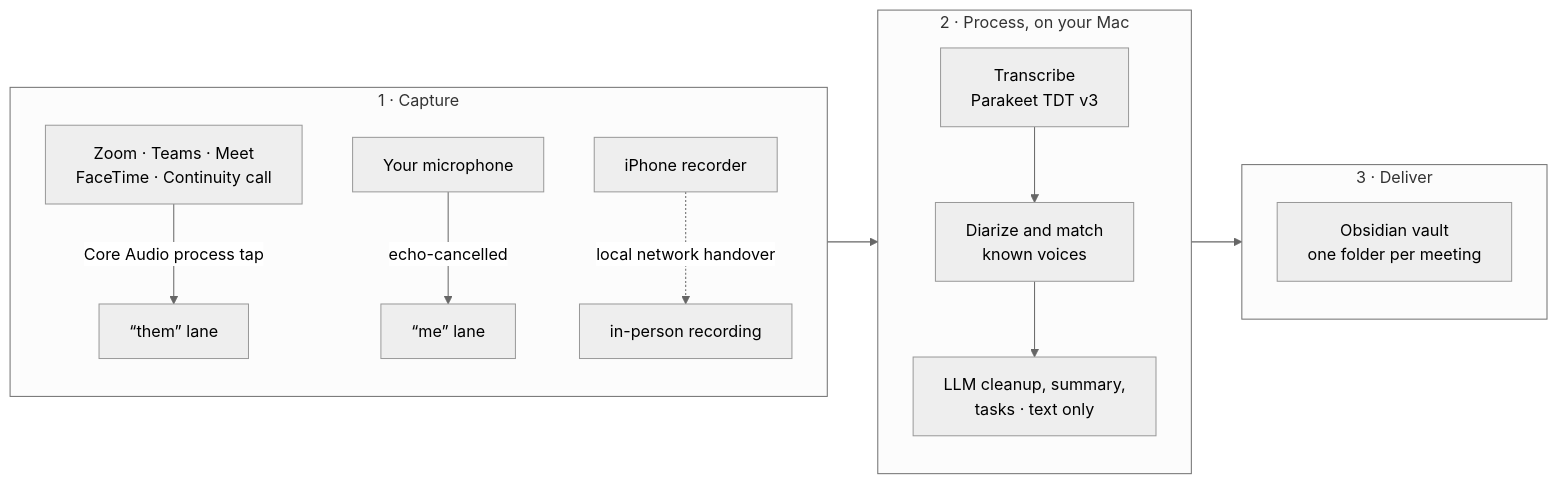
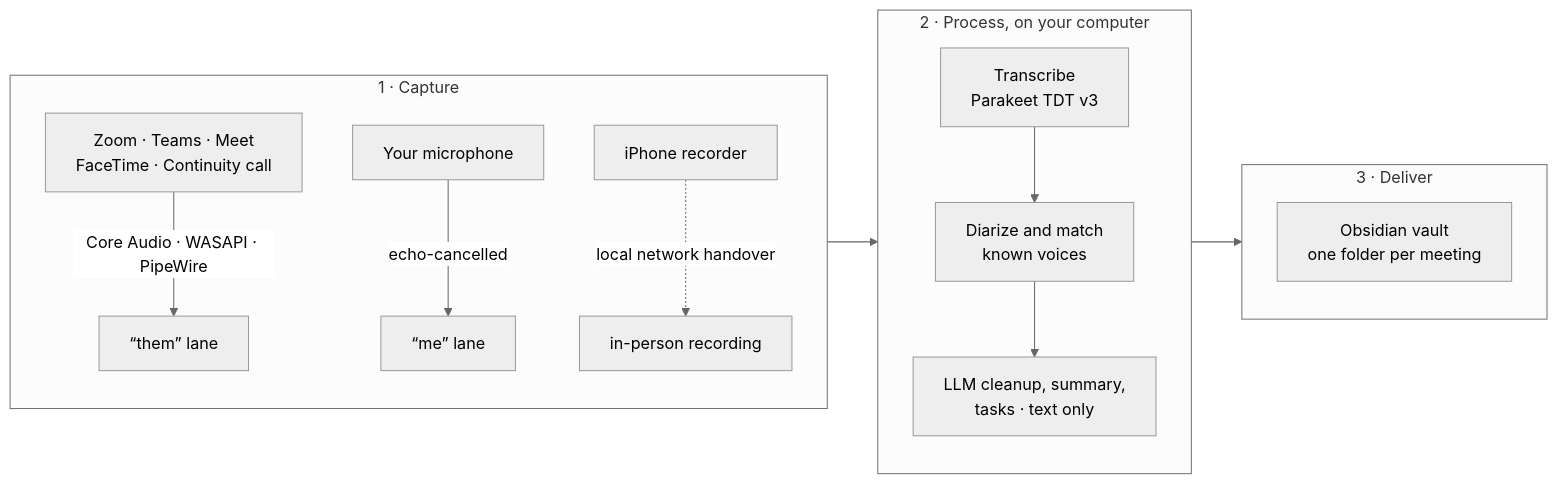
Before and after one commit to NicolaiSchmid/steno: the diagram in README.md, drawn with Mermaid (neutral theme). The commit also changed other lines of this file, not shown here.

First line of the commit message:
docs: the README speaks for every desktop, and macOS keeps its details [skip ci]

````diff
--- a/README.md
+++ b/README.md
@@ -238,15 +243,15 @@
 ```mermaid
 flowchart LR
     subgraph capture["1 · Capture"]
-        apps["Zoom · Teams · Meet<br>FaceTime · Continuity call"] -->|Core Audio process tap| them["“them” lane"]
+        apps["Zoom · Teams · Meet<br>FaceTime · Continuity call"] -->|Core Audio · WASAPI · PipeWire| them["“them” lane"]
         mic["Your microphone"] -->|echo-cancelled| me["“me” lane"]
         phone["iPhone recorder"] -.->|local network handover| room["in-person recording"]
     end
-    subgraph process["2 · Process, on your Mac"]
+    subgraph process["2 · Process, on your computer"]
         stt["Transcribe<br>Parakeet TDT v3"] --> dia["Diarize and match<br>known voices"] --> llm["LLM cleanup, summary,<br>tasks · text only"]
     end
     subgraph deliver["3 · Deliver"]
         vault["Obsidian vault<br>one folder per meeting"]
     end
     capture --> process --> deliver
 ```
````
